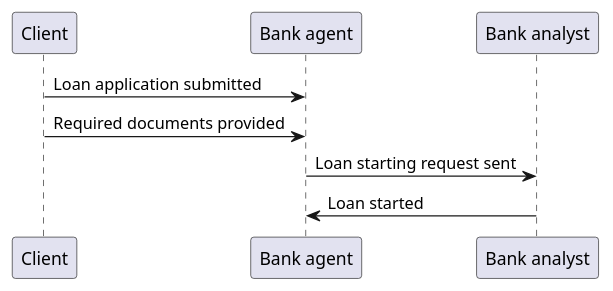
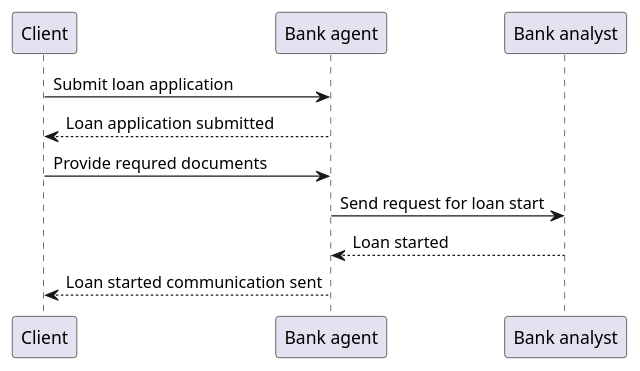
One commit to PawelJaworski/ddd-loan-application changed the diagram in model/activity diagram.puml. Above: the diagram before and after it, drawn with PlantUML. The commit also changed 16 other files, not shown here.

```diff
--- a/model/activity diagram.puml
+++ b/model/activity diagram.puml
@@ -1,6 +1,8 @@
 @startuml
-Client -> "Bank agent" : Loan application submitted
-Client -> "Bank agent" : Required documents provided
-"Bank agent" -> "Bank analyst" : Loan starting request sent
-"Bank analyst" -> "Bank agent" : Loan started
+Client -> "Bank agent" : Submit loan application
+"Bank agent" --> "Client" : Loan application submitted
+Client -> "Bank agent" : Provide requred documents
+"Bank agent" -> "Bank analyst" : Send request for loan start
+"Bank analyst" --> "Bank agent" : Loan started
+"Bank agent" --> "Client" : Loan started communication sent
 @enduml
```
